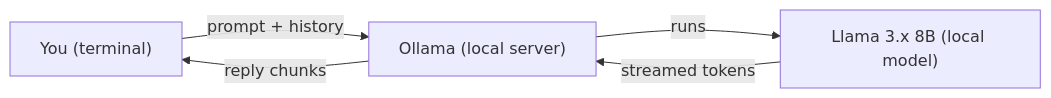
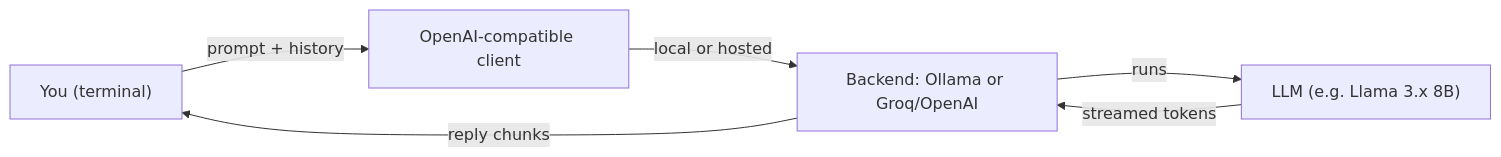
One commit to WBHankins93/ai-engineering-studio changed the diagram in labs/01-first-llm-app/README.md. Above: the diagram before and after it, drawn with Mermaid. The commit also changed other lines of this file, not shown here.

Commit message:
Update Lab 01 README for dual-backend setup

````diff
--- a/labs/01-first-llm-app/README.md
+++ b/labs/01-first-llm-app/README.md
@@ -29,7 +32,8 @@
 ```mermaid
 flowchart LR
-  U["You (terminal)"] -->|prompt + history| O["Ollama (local server)"]
-  O -->|runs| M["Llama 3.x 8B (local model)"]
-  M -->|streamed tokens| O
-  O -->|reply chunks| U
+  U["You (terminal)"] -->|prompt + history| C["OpenAI-compatible client"]
+  C -->|local or hosted| B["Backend: Ollama or Groq/OpenAI"]
+  B -->|runs| M["LLM (e.g. Llama 3.x 8B)"]
+  M -->|streamed tokens| B
+  B -->|reply chunks| U
 ```
````
